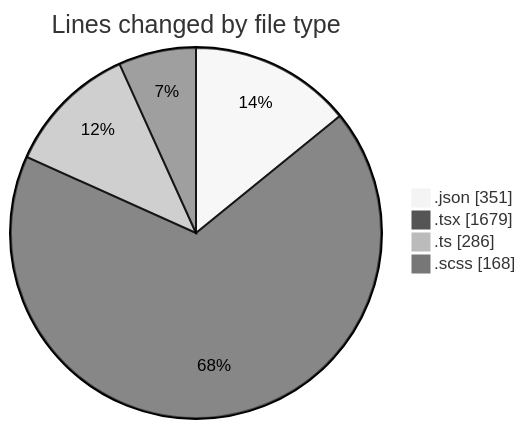
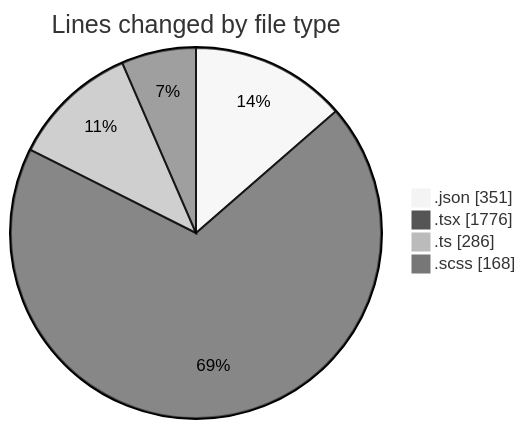
The first of 2 diagrams in 2026-04-22/cda/README.md (momahboobian/code-tracking), drawn with Mermaid (neutral theme) before and after one commit. The commit also changed other lines of this file and 1 other file, not shown here.

````diff
--- a/2026-04-22/cda/README.md
+++ b/2026-04-22/cda/README.md
@@ -36,8 +36,8 @@
 ```mermaid
 pie showData
 title Lines changed by file type
 ".json" : 351
-".tsx" : 1679
+".tsx" : 1776
 ".ts" : 286
 ".scss" : 168
 ```
````
